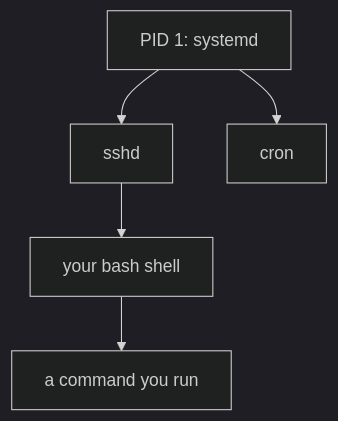
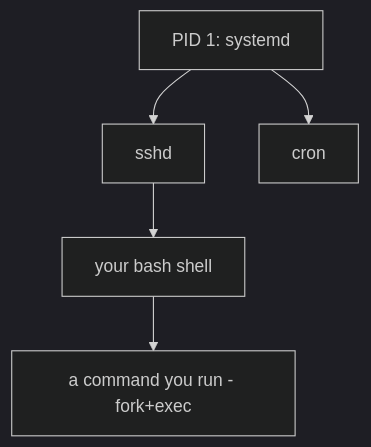
One commit to cloud-prakhar/learning-linux changed the first of 2 diagrams in 05-processes-and-services/process-basics.md. Above: the diagram before and after it, drawn with Mermaid (dark theme). The commit also changed other lines of this file and 69 other files, not shown here.

````diff
--- a/05-processes-and-services/process-basics.md
+++ b/05-processes-and-services/process-basics.md
@@ -28,7 +35,7 @@
 ```mermaid
 flowchart TD
     Init[PID 1: systemd] --> SSH[sshd]
     Init --> Cron[cron]
     SSH --> Bash[your bash shell]
-    Bash --> Cmd[a command you run]
+    Bash --> Cmd[a command you run - fork+exec]
 ```
````
